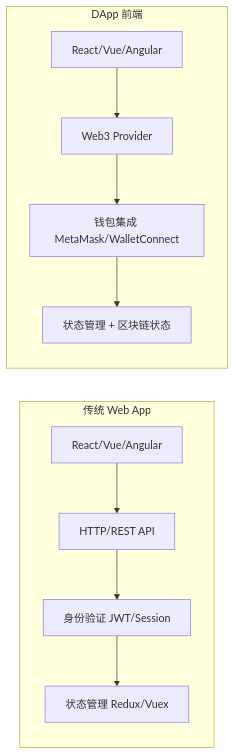
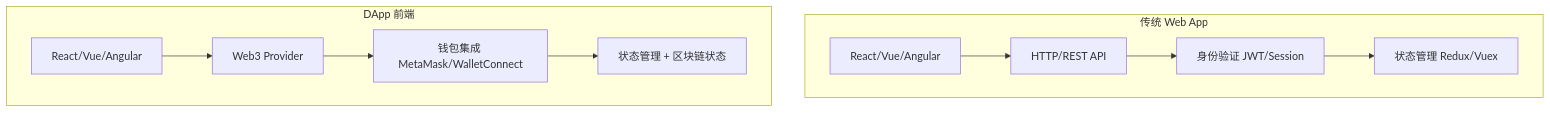
Before and after one commit to RohithVetri/defi-fixed-yield-course: the first of 11 diagrams in docs/lessons/01.5-dapp-vs-traditional.md, drawn with Mermaid. The commit also changed other lines of this file and 1 other file, not shown here.

````diff
--- a/docs/lessons/01.5-dapp-vs-traditional.md
+++ b/docs/lessons/01.5-dapp-vs-traditional.md
@@ -7,14 +9,14 @@
 ```mermaid
-graph LR
+graph TB
     subgraph "传统 Web App"
         T1[React/Vue/Angular] --> T2[HTTP/REST API]
         T2 --> T3[身份验证 JWT/Session]
         T3 --> T4[状态管理 Redux/Vuex]
     end
     
     subgraph "DApp 前端"
         D1[React/Vue/Angular] --> D2[Web3 Provider]
         D2 --> D3[钱包集成 MetaMask/WalletConnect]
         D3 --> D4[状态管理 + 区块链状态]
     end
 ```
````
